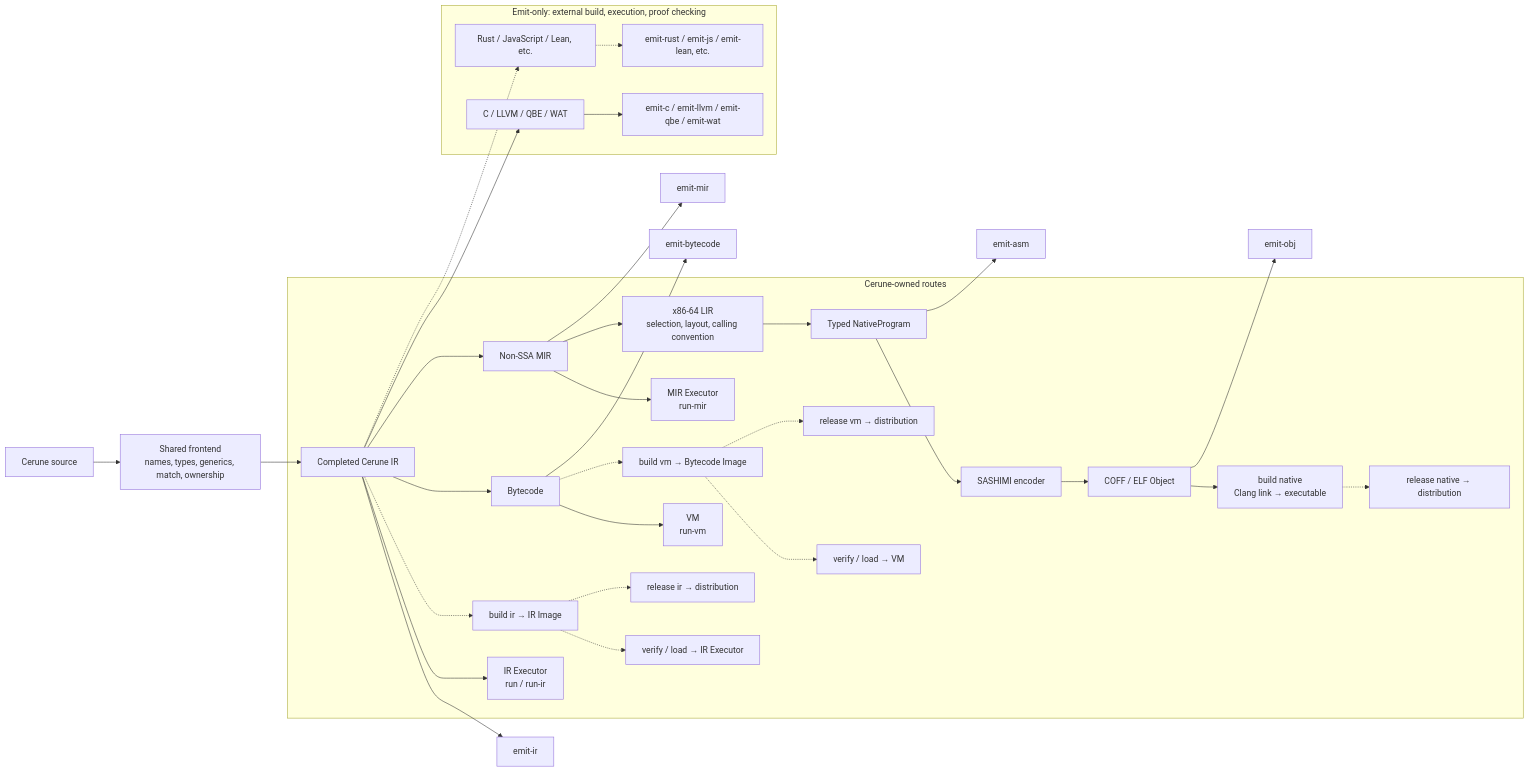
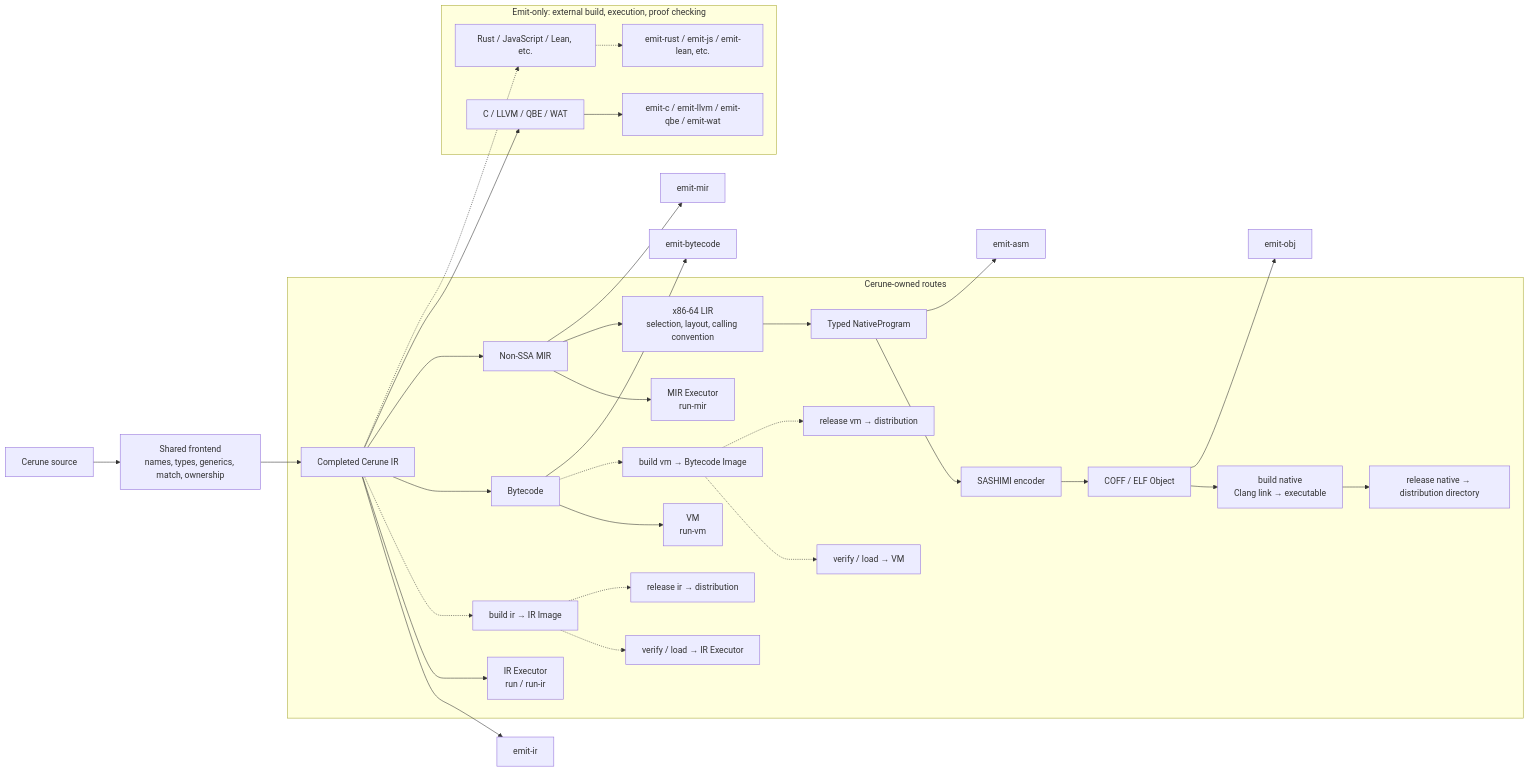
The diagram in docs/design/owned-routes.en.md (Cerune-Lang/Cerune), drawn with Mermaid before and after one commit. The commit also changed other lines of this file and 22 other files, not shown here.

````diff
--- a/docs/design/owned-routes.en.md
+++ b/docs/design/owned-routes.en.md
@@ -35,35 +36,35 @@
 ```mermaid
 flowchart LR
     S["Cerune source"] --> F["Shared frontend<br/>names, types, generics, match, ownership"]
     F --> IR["Completed Cerune IR"]
     IR --> OIR["emit-ir"]
     subgraph Owned["Cerune-owned routes"]
         IR --> R["IR Executor<br/>run / run-ir"]
         IR -.-> IB["build ir → IR Image"]
         IB -.-> IL["verify / load → IR Executor"]
         IB -.-> IP["release ir → distribution"]
         IR --> BC["Bytecode"]
         BC --> VM["VM<br/>run-vm"]
         BC -.-> VB["build vm → Bytecode Image"]
         VB -.-> VL["verify / load → VM"]
         VB -.-> VP["release vm → distribution"]
         IR --> MIR["Non-SSA MIR"]
         MIR --> RMIR["MIR Executor<br/>run-mir"]
         MIR --> X["x86-64 LIR<br/>selection, layout, calling convention"]
         X --> A["Typed NativeProgram"]
         A --> E["SASHIMI encoder"]
         E --> OBJ["COFF / ELF Object"]
         OBJ --> NB["build native<br/>Clang link → executable"]
-        NB -.-> NP["release native → distribution"]
+        NB --> NP["release native → distribution directory"]
     end
     MIR --> OMIR["emit-mir"]
     BC --> OBC["emit-bytecode"]
     A --> OA["emit-asm"]
     OBJ --> OO["emit-obj"]
     subgraph Emit["Emit-only: external build, execution, proof checking"]
         IR --> EXIST["C / LLVM / QBE / WAT"]
         EXIST --> OUT["emit-c / emit-llvm / emit-qbe / emit-wat"]
         IR -.-> FUT["Rust / JavaScript / Lean, etc."]
         FUT -.-> FUTOUT["emit-rust / emit-js / emit-lean, etc."]
     end
 ```
````
